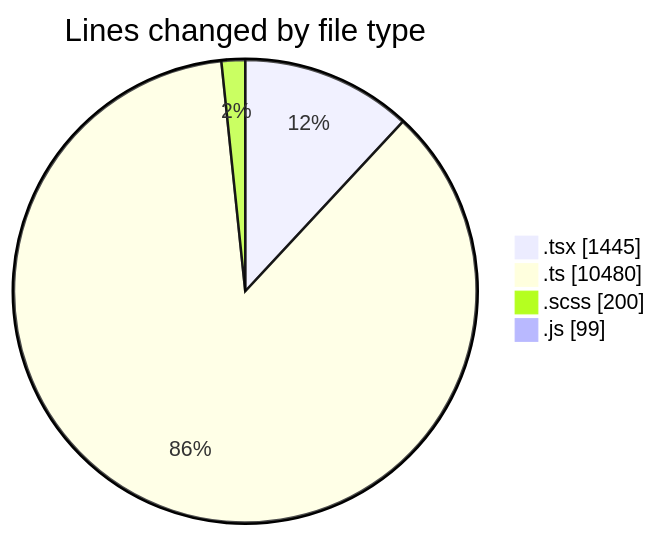
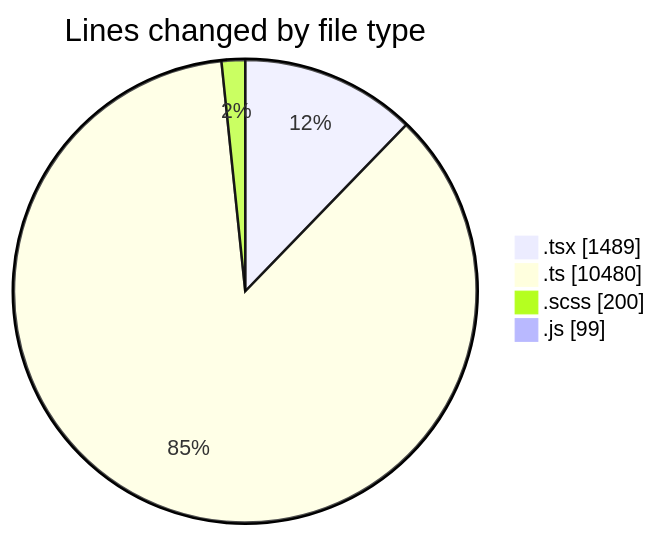
Before and after one commit to momahboobian/code-tracking: the first of 2 diagrams in 2025-03-26/cda/README.md, drawn with Mermaid. The commit also changed other lines of this file and 1 other file, not shown here.

````diff
--- a/2025-03-26/cda/README.md
+++ b/2025-03-26/cda/README.md
@@ -43,8 +43,8 @@
 ```mermaid
 pie showData
 title Lines changed by file type
-".tsx" : 1445
+".tsx" : 1489
 ".ts" : 10480
 ".scss" : 200
 ".js" : 99
 ```
````
